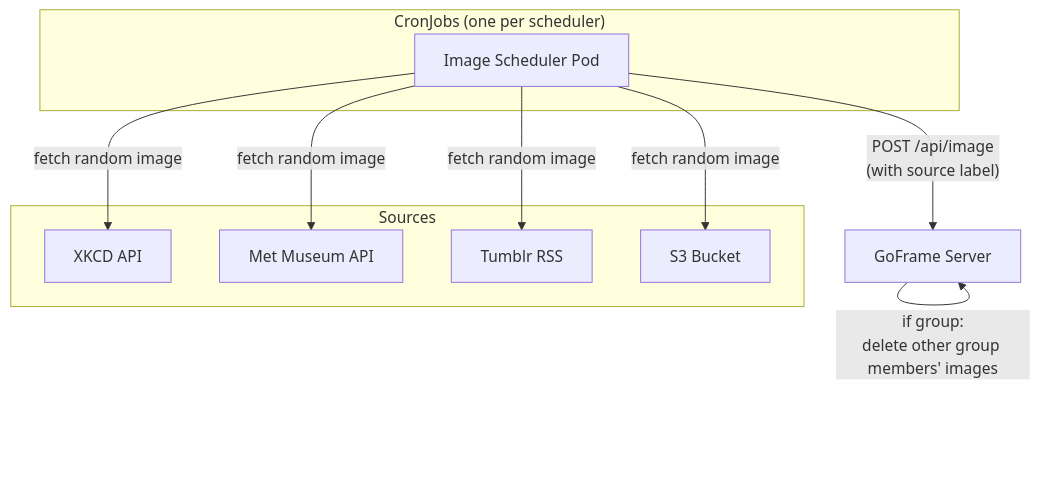
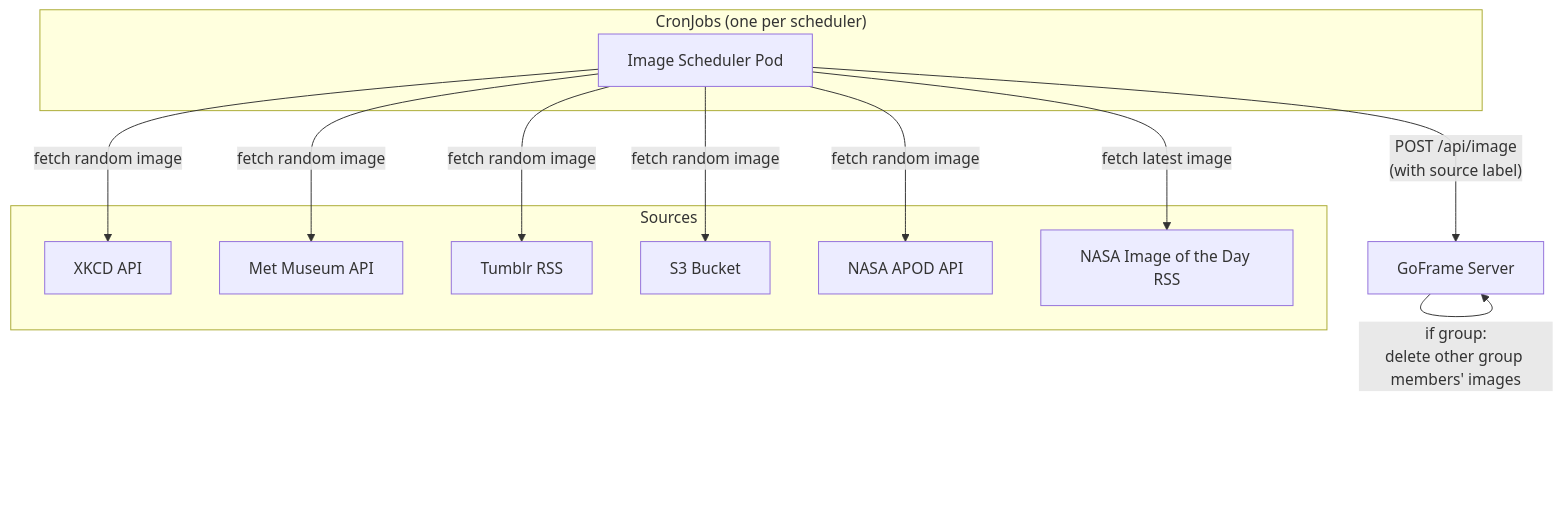
Before and after one commit to jo-hoe/goframe: the sixth of 6 diagrams in docs/architecture.md, drawn with Mermaid. The commit also changed other lines of this file and 14 other files, not shown here.

First line of the commit message:
add nasa apod and nasa image of the day scheduler sources

````diff
--- a/docs/architecture.md
+++ b/docs/architecture.md
@@ -179,22 +179,26 @@
 ```mermaid
 graph TD
     subgraph "Sources"
         XKCD[XKCD API]
         MET[Met Museum API]
         TUMBLR[Tumblr RSS]
         S3SRC[S3 Bucket]
+        NASAAPOD[NASA APOD API]
+        NASAIOTD[NASA Image of the Day RSS]
     end
 
     subgraph "CronJobs (one per scheduler)"
         CJ[Image Scheduler Pod]
     end
 
     CJ -->|fetch random image| XKCD
     CJ -->|fetch random image| MET
     CJ -->|fetch random image| TUMBLR
     CJ -->|fetch random image| S3SRC
+    CJ -->|fetch random image| NASAAPOD
+    CJ -->|fetch latest image| NASAIOTD
 
     CJ -->|"POST /api/image<br/>(with source label)"| SRV[GoFrame Server]
 
     SRV -->|"if group:<br/>delete other group members' images"| SRV
 ```
````
